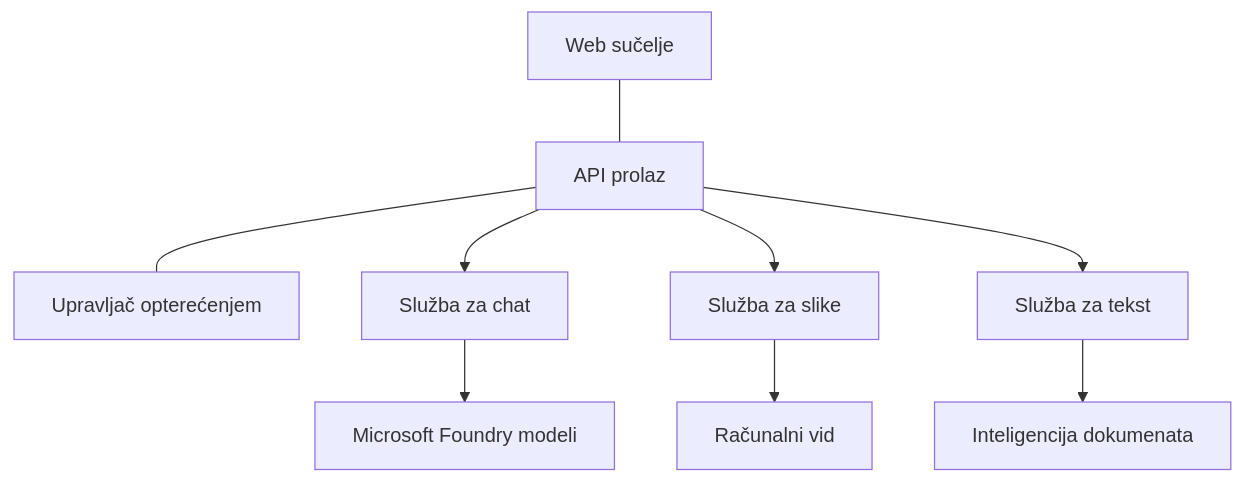
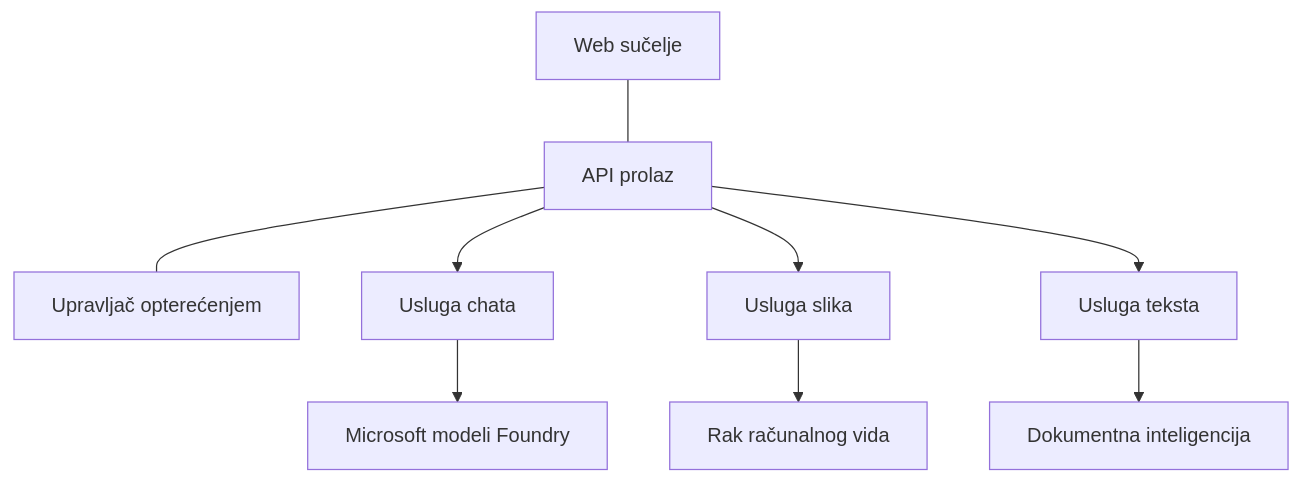
Before and after one commit to microsoft/AZD-for-beginners: the diagram in translations/hr/docs/chapter-08-production/production-ai-practices.md, drawn with Mermaid. The commit also changed other lines of this file and 104 other files, not shown here.

````diff
--- a/translations/hr/docs/chapter-08-production/production-ai-practices.md
+++ b/translations/hr/docs/chapter-08-production/production-ai-practices.md
@@ -30,10 +30,10 @@
 ```mermaid
 graph TD
     Frontend[Web sučelje] --- Gateway[API prolaz] --- LB[Upravljač opterećenjem]
-    Gateway --> Chat[Služba za chat]
-    Gateway --> Image[Služba za slike]
-    Gateway --> Text[Služba za tekst]
-    Chat --> OpenAI[Microsoft Foundry modeli]
-    Image --> Vision[Računalni vid]
-    Text --> DocIntel[Inteligencija dokumenata]
+    Gateway --> Chat[Usluga chata]
+    Gateway --> Image[Usluga slika]
+    Gateway --> Text[Usluga teksta]
+    Chat --> OpenAI[Microsoft modeli Foundry]
+    Image --> Vision[Rak računalnog vida]
+    Text --> DocIntel[Dokumentna inteligencija]
 ```
````
